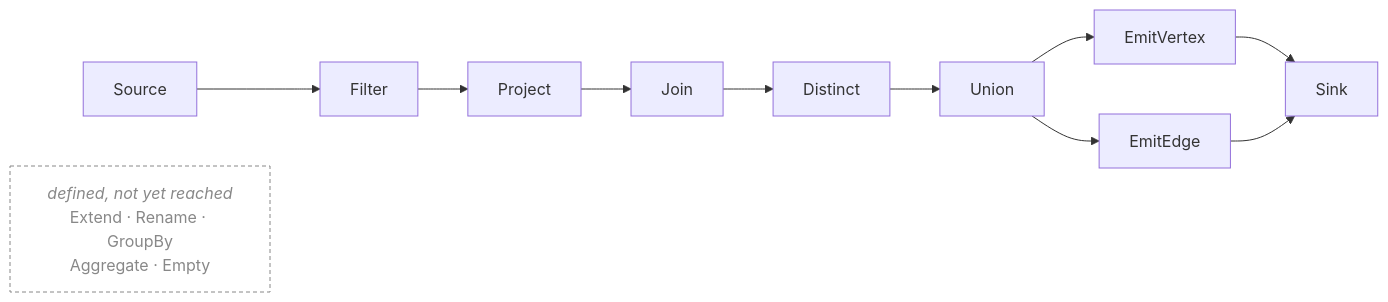
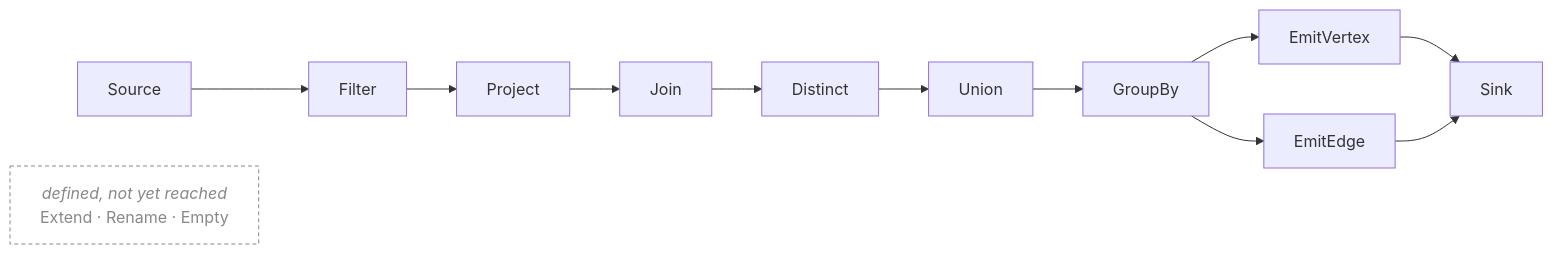
Before and after one commit to Kanzo-Tech/fossil-lang: the second of 2 diagrams in apps/docs/content/docs/design/algebra.mdx, drawn with Mermaid. The commit also changed other lines of this file and 3 other files, not shown here.

````diff
--- a/apps/docs/content/docs/design/algebra.mdx
+++ b/apps/docs/content/docs/design/algebra.mdx
@@ -104,10 +101,10 @@
 ```mermaid
 graph LR
   SRC["Source"] --> FIL["Filter"] --> PRJ["Project"] --> JOI["Join"]
-  JOI --> DIS["Distinct"] --> UNI["Union"]
-  UNI --> EV["EmitVertex"] --> SNK["Sink"]
-  UNI --> EE["EmitEdge"] --> SNK
-  WAIT["<i>defined, not yet reached</i><br/>Extend · Rename · GroupBy<br/>Aggregate · Empty"]
+  JOI --> DIS["Distinct"] --> UNI["Union"] --> GRP["GroupBy"]
+  GRP --> EV["EmitVertex"] --> SNK["Sink"]
+  GRP --> EE["EmitEdge"] --> SNK
+  WAIT["<i>defined, not yet reached</i><br/>Extend · Rename · Empty"]
   classDef unreached stroke-dasharray:4 3,color:#888,stroke:#888,fill:none
   class WAIT unreached
 ```
````
